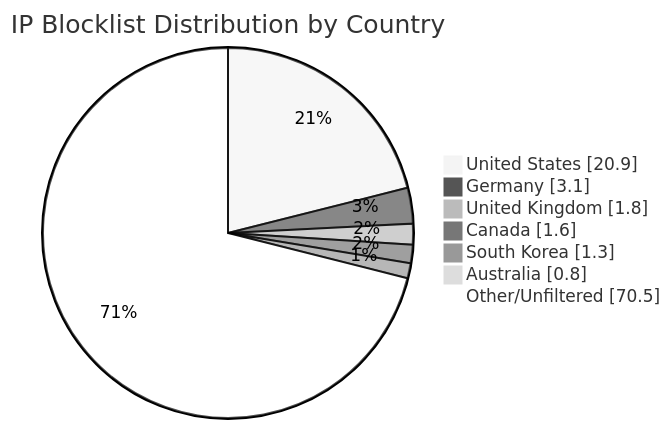
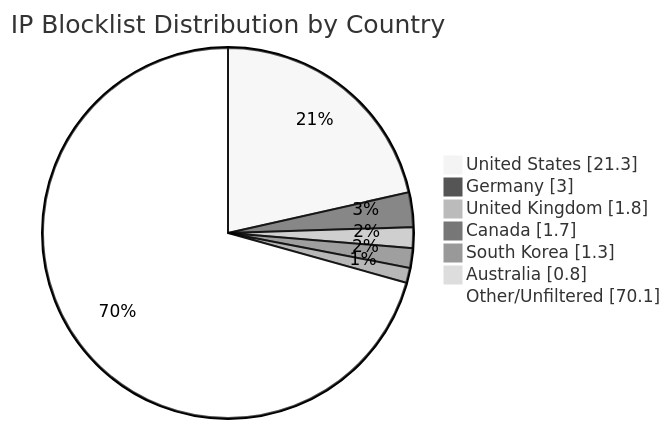
Before and after one commit to MarcusHoltz/ipblocklist-geofiltered-aggregator: the diagram in README.md, drawn with Mermaid (neutral theme). The commit also changed other lines of this file and 9 other files, not shown here.

````diff
--- a/README.md
+++ b/README.md
@@ -34,10 +34,10 @@
 ```mermaid
 pie showData title IP Blocklist Distribution by Country
-"United States" : 20.9
-"Germany" : 3.1
+"United States" : 21.3
+"Germany" : 3.0
 "United Kingdom" : 1.8
-"Canada" : 1.6
+"Canada" : 1.7
 "South Korea" : 1.3
 "Australia" : 0.8
-"Other/Unfiltered" : 70.5
+"Other/Unfiltered" : 70.1
 ```
````
